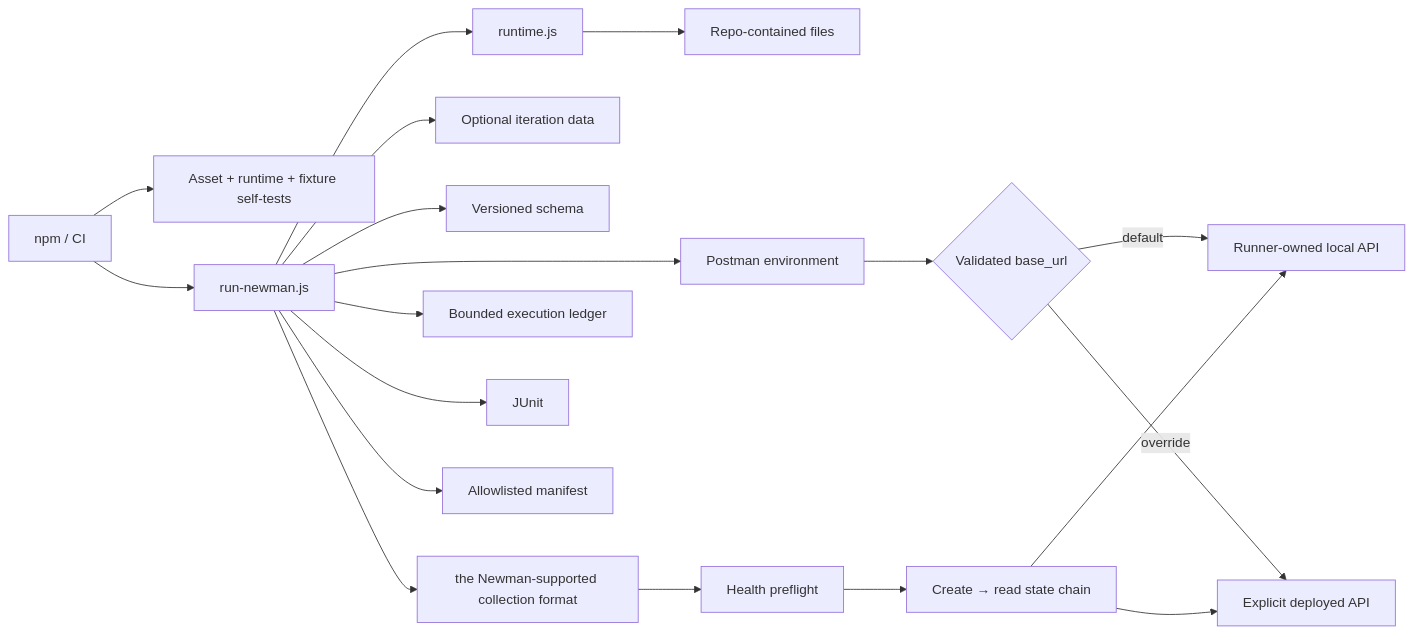
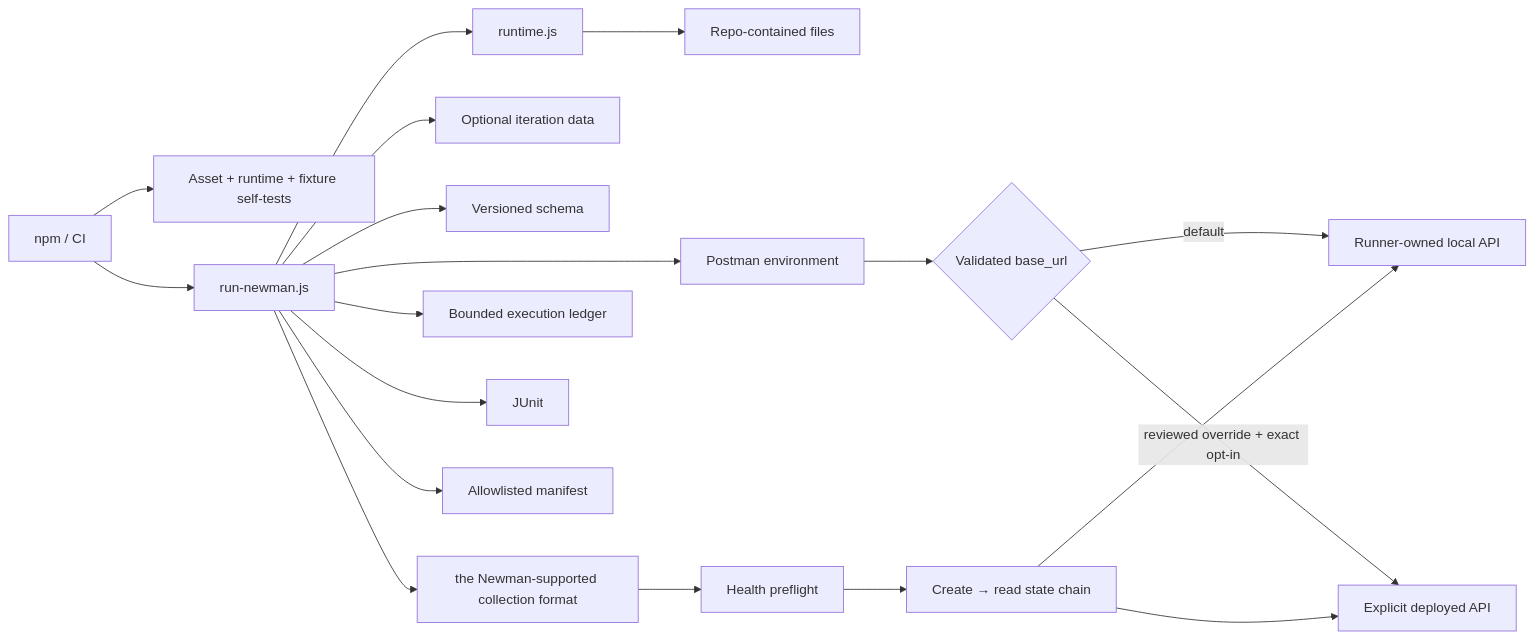
Before and after one commit to portyu9/qa-automation-api-postman-newman: the diagram in docs/ARCHITECTURE.md, drawn with Mermaid. The commit also changed other lines of this file and 7 other files, not shown here.

First line of the commit message:
hardening: require explicit external target authorization

````diff
--- a/docs/ARCHITECTURE.md
+++ b/docs/ARCHITECTURE.md
@@ -7,21 +7,21 @@
 ```mermaid
 flowchart LR
     CLI[npm / CI] --> VALIDATE[Asset + runtime + fixture self-tests]
     CLI --> RUN[run-newman.js]
     RUN --> RT[runtime.js]
     RT --> FILES[Repo-contained files]
     RUN --> ENV[Postman environment]
     RUN --> DATA[Optional iteration data]
     RUN --> SCHEMA[Versioned schema]
     RUN --> COL[the Newman-supported collection format]
     ENV --> TARGET{Validated base_url}
     TARGET -->|default| LOCAL[Runner-owned local API]
-    TARGET -->|override| EXTERNAL[Explicit deployed API]
+    TARGET -->|reviewed override + exact opt-in| EXTERNAL[Explicit deployed API]
     COL --> PREFLIGHT[Health preflight]
     PREFLIGHT --> STATE[Create → read state chain]
     STATE --> LOCAL
     STATE --> EXTERNAL
     RUN --> LEDGER[Bounded execution ledger]
     RUN --> J[JUnit]
     RUN --> M[Allowlisted manifest]
 ```
````
